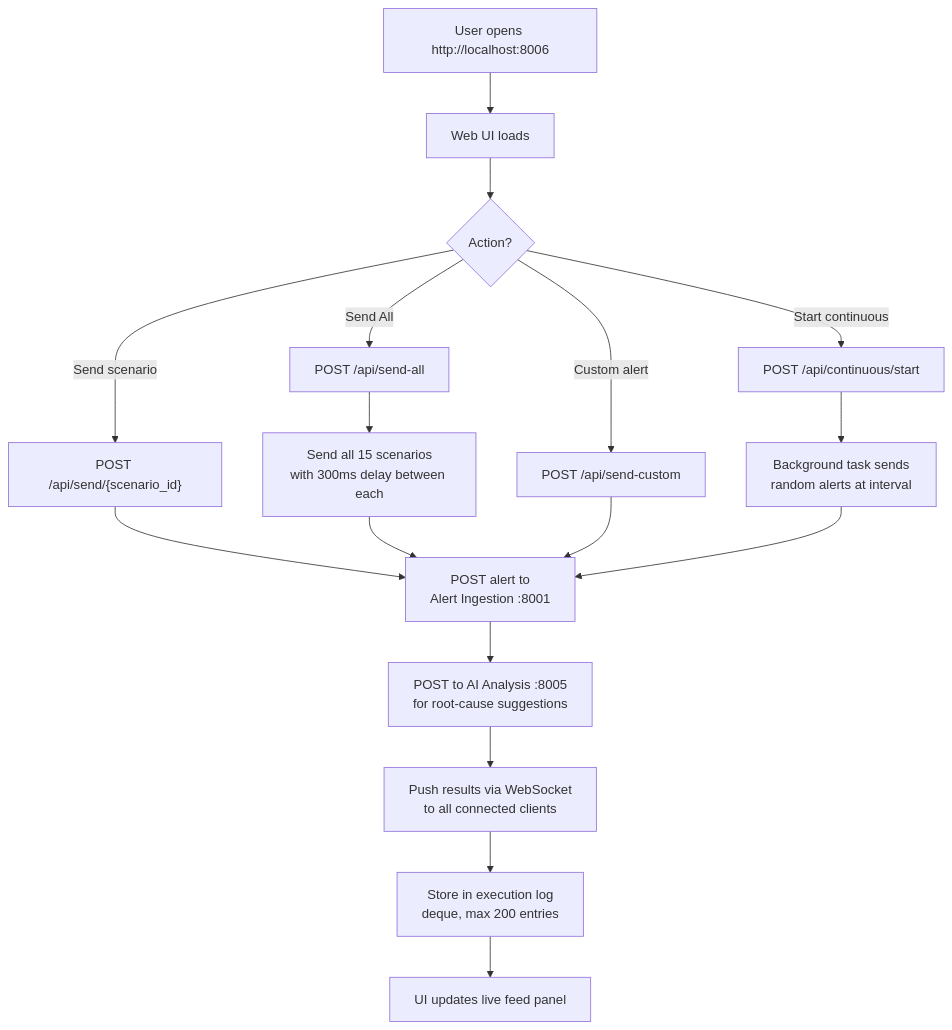
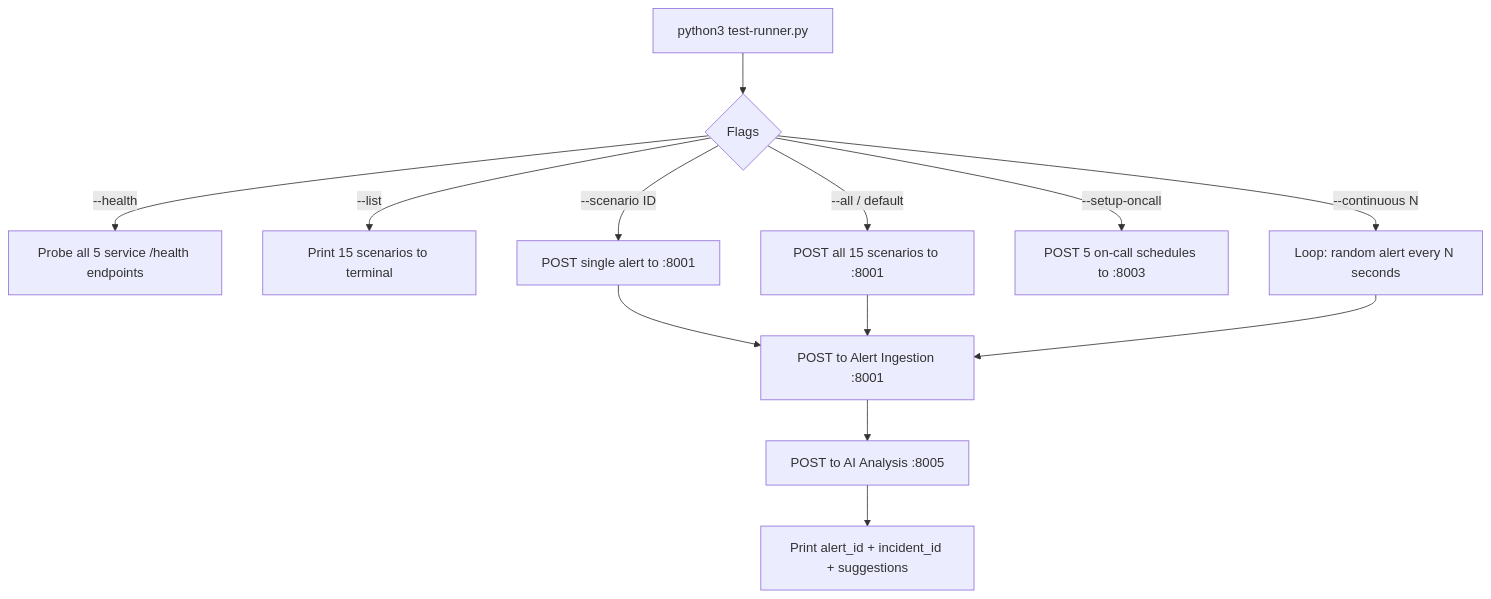
The diagram in docs/test-runner.md (moboulan/openCode14), drawn with Mermaid before and after one commit. The commit also changed other lines of this file and 9 other files, not shown here.

First line of the commit message:
refactor: replace test-runner Docker service with standalone Python script

````diff
--- a/docs/test-runner.md
+++ b/docs/test-runner.md
@@ -7,21 +20,16 @@
 ```mermaid
 flowchart TD
-    A["User opens http://localhost:8006"] --> B[Web UI loads]
-    B --> C{Action?}
-    C -- "Send scenario" --> D["POST /api/send/{scenario_id}"]
-    C -- "Send All" --> E[POST /api/send-all]
-    C -- "Custom alert" --> F[POST /api/send-custom]
-    C -- "Start continuous" --> G[POST /api/continuous/start]
+    A[python3 test-runner.py] --> B{Flags}
+    B -- "--health" --> C[Probe all 5 service /health endpoints]
+    B -- "--list" --> D[Print 15 scenarios to terminal]
+    B -- "--scenario ID" --> E[POST single alert to :8001]
+    B -- "--all / default" --> F[POST all 15 scenarios to :8001]
+    B -- "--setup-oncall" --> G[POST 5 on-call schedules to :8003]
+    B -- "--continuous N" --> H[Loop: random alert every N seconds]
 
-    D --> H[POST alert to<br>Alert Ingestion :8001]
-    E --> I[Send all 15 scenarios<br>with 300ms delay between each]
-    I --> H
-    F --> H
-    G --> J[Background task sends<br>random alerts at interval]
-    J --> H
-
-    H --> K[POST to AI Analysis :8005<br>for root-cause suggestions]
-    K --> L[Push results via WebSocket<br>to all connected clients]
-    L --> M[Store in execution log<br>deque, max 200 entries]
-    M --> N[UI updates live feed panel]
+    E --> I[POST to Alert Ingestion :8001]
+    F --> I
+    H --> I
+    I --> J[POST to AI Analysis :8005]
+    J --> K[Print alert_id + incident_id + suggestions]
 ```
````
